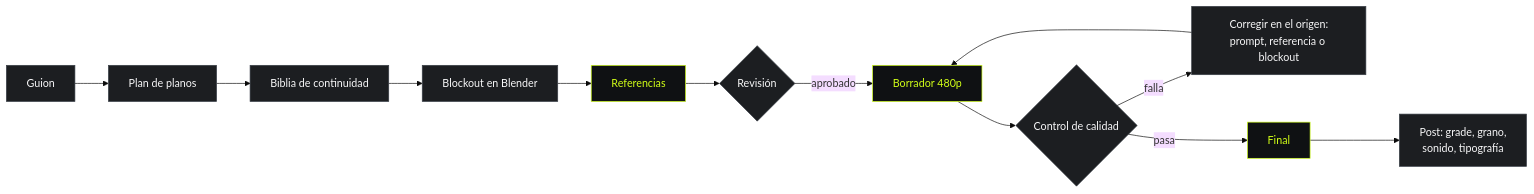
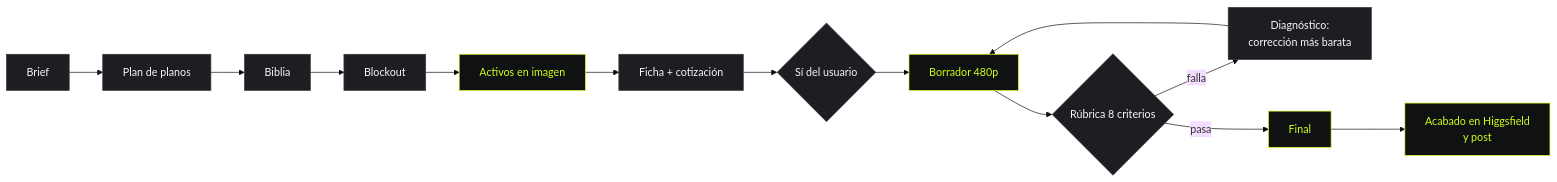
One commit to Dvanielx03/higgsfield-photorealistic-filmmaking changed the diagram in README.md. Above: the diagram before and after it, drawn with Mermaid (base theme). The commit also changed other lines of this file and 1 other file, not shown here.

Commit message:
docs: :memo: UpdateReadmeForHiggsfieldDirectorArchitecture

````diff
--- a/README.md
+++ b/README.md
@@ -38,19 +39,20 @@
 ```mermaid
 flowchart LR
-    A[Guion] --> B[Plan de planos]
-    B --> C[Biblia de continuidad]
-    C --> D[Blockout en Blender]
-    D --> E[Referencias]
-    E --> F{Revisión}
-    F -->|aprobado| G[Borrador 480p]
-    G --> H{Control de calidad}
-    H -->|falla| I[Corregir en el origen:<br/>prompt, referencia o blockout]
-    I --> G
-    H -->|pasa| J[Final]
-    J --> K[Post: grade, grano,<br/>sonido, tipografía]
+    A[Brief] --> B[Plan de planos]
+    B --> C[Biblia]
+    C --> D[Blockout]
+    D --> E[Activos en imagen]
+    E --> F[Ficha + cotización]
+    F --> G{Sí del usuario}
+    G --> H[Borrador 480p]
+    H --> I{Rúbrica 8 criterios}
+    I -->|falla| J[Diagnóstico:<br/>corrección más barata]
+    J --> H
+    I -->|pasa| K[Final]
+    K --> L[Acabado en Higgsfield<br/>y post]
 
     classDef free fill:#1C1E21,stroke:#383E46,color:#F7F7F8
     classDef paid fill:#0F1113,stroke:#D1FE17,color:#D1FE17
-    class A,B,C,D,F,H,I,K free
-    class E,G,J paid
+    class A,B,C,D,F,G,I,J free
+    class E,H,K,L paid
 ```
````
